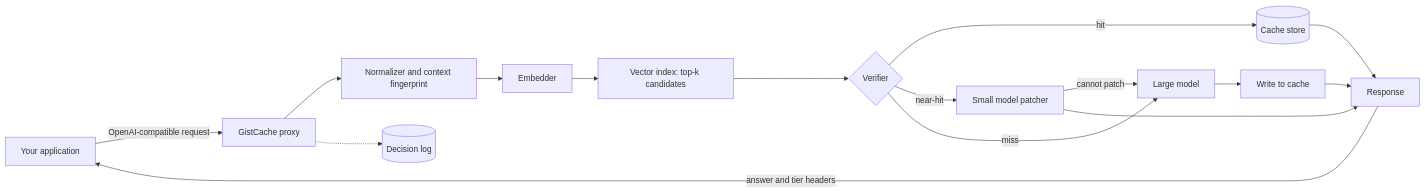
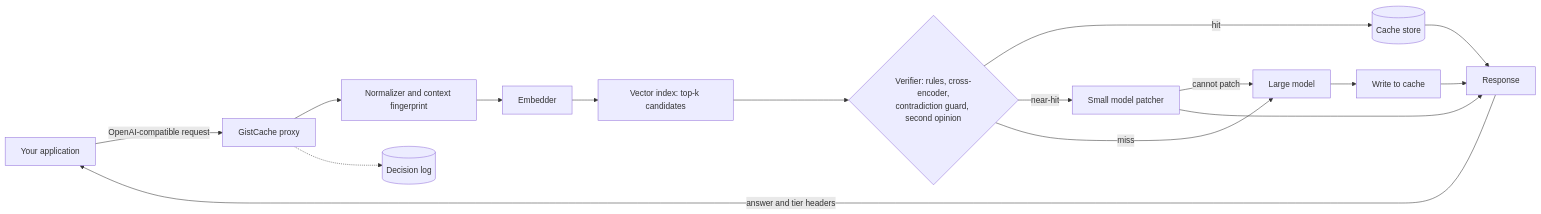
One commit to jaiteshgill/GistCache changed the diagram in README.md. Above: the diagram before and after it, drawn with Mermaid. The commit also changed other lines of this file and 11 other files, not shown here.

````diff
--- a/README.md
+++ b/README.md
@@ -71,17 +71,17 @@
 ```mermaid
 flowchart LR
     App[Your application] -->|OpenAI-compatible request| Proxy[GistCache proxy]
     Proxy --> Norm[Normalizer and context fingerprint]
     Norm --> Embed[Embedder]
     Embed --> ANN[Vector index: top-k candidates]
-    ANN --> Verifier{Verifier}
+    ANN --> Verifier{"Verifier: rules, cross-encoder,<br/>contradiction guard, second opinion"}
     Verifier -->|hit| Cache[(Cache store)]
     Verifier -->|near-hit| Patcher[Small model patcher]
     Verifier -->|miss| Large[Large model]
     Patcher -->|cannot patch| Large
     Patcher --> Resp[Response]
     Cache --> Resp
     Large --> Store[Write to cache] --> Resp
     Resp -->|answer and tier headers| App
     Proxy -.-> Log[(Decision log)]
 ```
````
